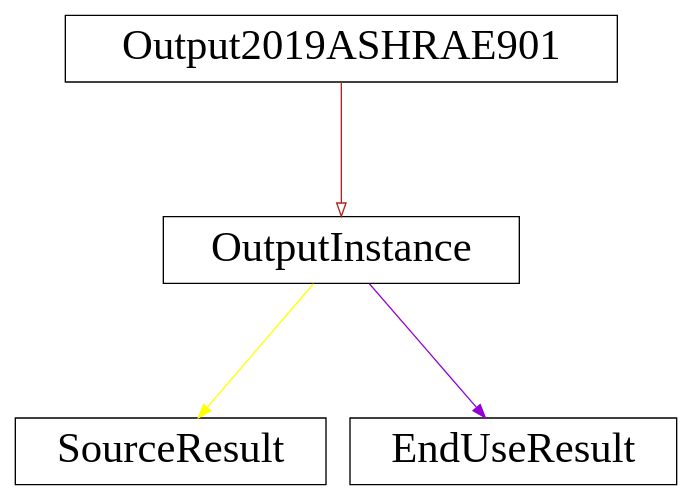
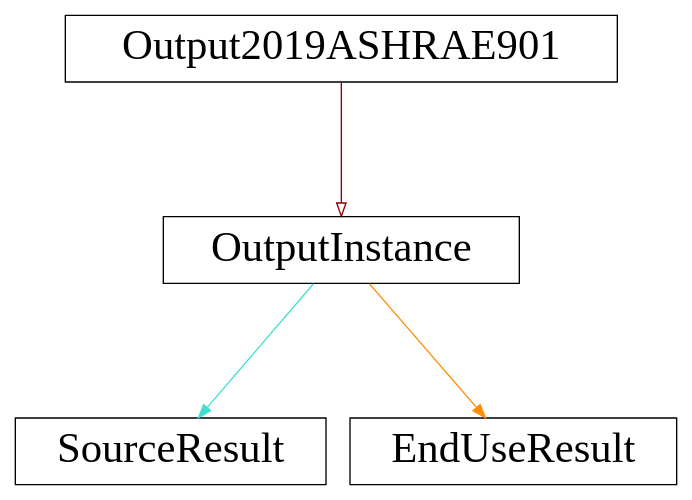
One commit to open229/ruleset-model-report-schema changed the diagram in docs229/Output2019ASHRAE901_connect.gv. Above: the diagram before and after it, drawn with Graphviz. The commit also changed 22 other files, not shown here.

```diff
--- a/docs229/Output2019ASHRAE901_connect.gv
+++ b/docs229/Output2019ASHRAE901_connect.gv
@@ -1,11 +1,11 @@
 digraph G {
     size="10, 10";
     ranksep="1.4";
-  Output2019ASHRAE901 -> OutputInstance [arrowhead=empty color="firebrick"]
+  Output2019ASHRAE901 -> OutputInstance [arrowhead=empty color="darkred"]
   Output2019ASHRAE901[fontsize="32" shape="box" height="0.7"]
   OutputInstance[fontsize="32" shape="box" height="0.7"]
-  OutputInstance -> SourceResult [color="yellow"]
+  OutputInstance -> SourceResult [color="turquoise"]
   SourceResult[fontsize="32" shape="box" height="0.7"]
-  OutputInstance -> EndUseResult [color="darkviolet"]
+  OutputInstance -> EndUseResult [color="darkorange"]
   EndUseResult[fontsize="32" shape="box" height="0.7"]
 }
```
